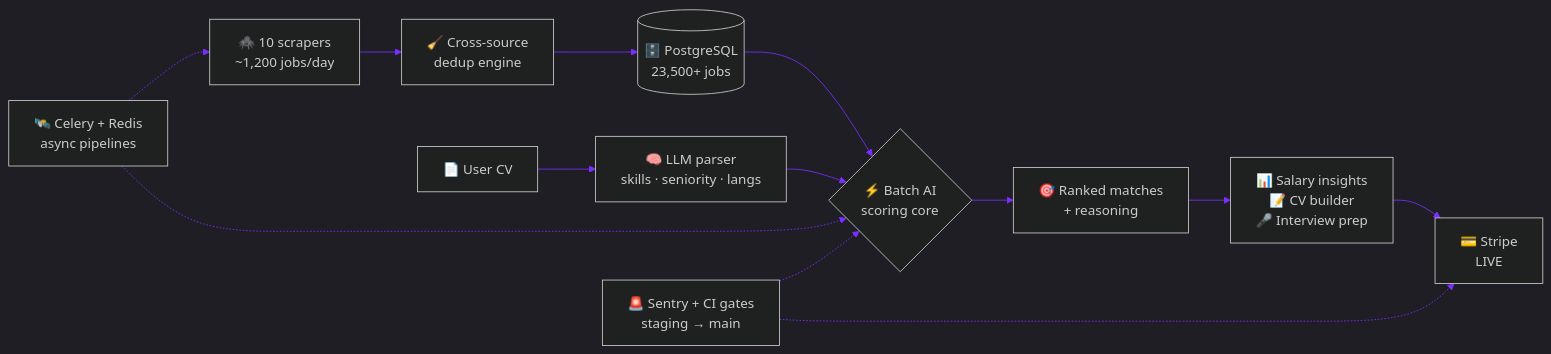
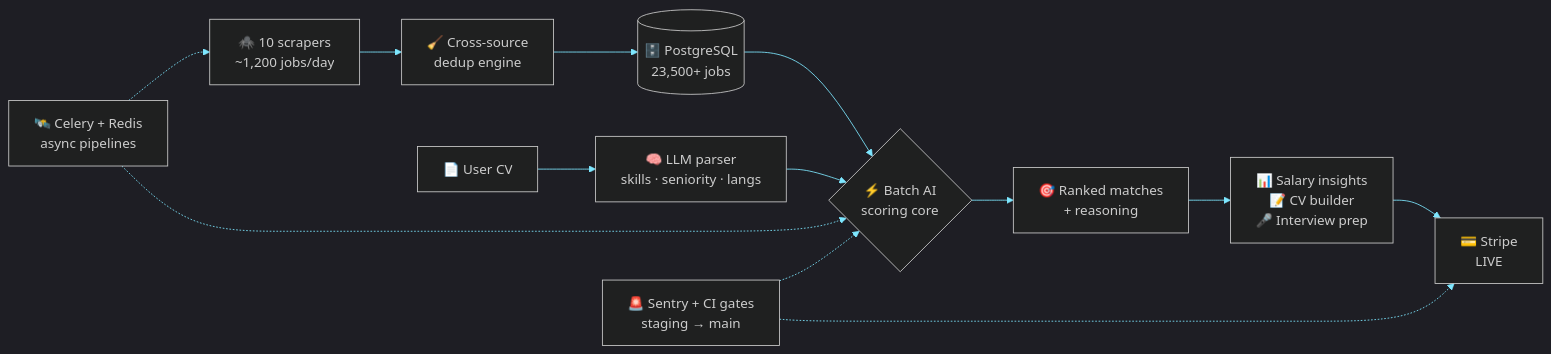
One commit to Viralpatelz/Viralpatelz changed the diagram in README.md. Above: the diagram before and after it, drawn with Mermaid. The commit also changed other lines of this file, not shown here.

````diff
--- a/README.md
+++ b/README.md
@@ -39,14 +39,14 @@
 ```mermaid
-%%{init: {'theme':'dark','themeVariables':{'primaryColor':'#0a0e1f','primaryBorderColor':'#00f0ff','primaryTextColor':'#c9d1d9','lineColor':'#7b2fff','fontFamily':'Fira Code'}}}%%
+%%{init: {'theme':'dark','themeVariables':{'primaryColor':'#0a1224','primaryBorderColor':'#3dffb8','primaryTextColor':'#cfe8ff','lineColor':'#7ee7ff','fontFamily':'Fira Code'}}}%%
 flowchart LR
     A["🕷️ 10 scrapers<br/>~1,200 jobs/day"] --> B["🧹 Cross-source<br/>dedup engine"]
     B --> C[("🗄️ PostgreSQL<br/>23,500+ jobs")]
     D["📄 User CV"] --> E["🧠 LLM parser<br/>skills · seniority · langs"]
     C --> F{"⚡ Batch AI<br/>scoring core"}
     E --> F
     F --> G["🎯 Ranked matches<br/>+ reasoning"]
     G --> H["📊 Salary insights<br/>📝 CV builder<br/>🎤 Interview prep"]
     H --> I["💳 Stripe<br/>LIVE"]
     J["🛰️ Celery + Redis<br/>async pipelines"] -.-> A & F
     K["🚨 Sentry + CI gates<br/>staging → main"] -.-> F & I
 ```
````
